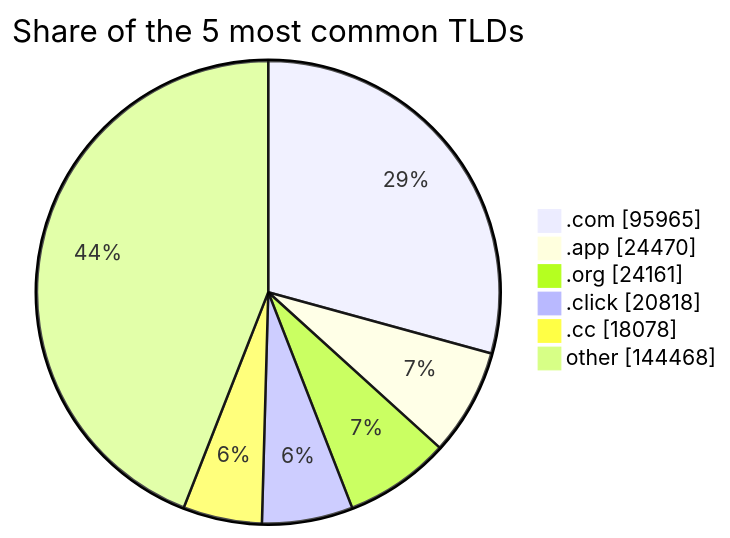
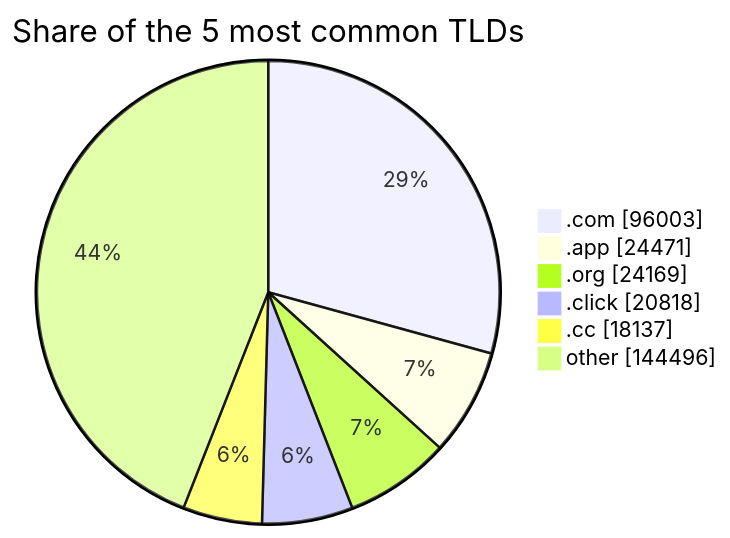
One commit to DNSBunker/CTI changed the third of 3 diagrams in README.md. Above: the diagram before and after it, drawn with Mermaid. The commit also changed other lines of this file and 4 other files, not shown here.

````diff
--- a/README.md
+++ b/README.md
@@ -81,9 +81,9 @@
 ```mermaid
 pie showData title Share of the 5 most common TLDs
-    ".com" : 95965
-    ".app" : 24470
-    ".org" : 24161
+    ".com" : 96003
+    ".app" : 24471
+    ".org" : 24169
     ".click" : 20818
-    ".cc" : 18078
-    "other" : 144468
+    ".cc" : 18137
+    "other" : 144496
 ```
````
